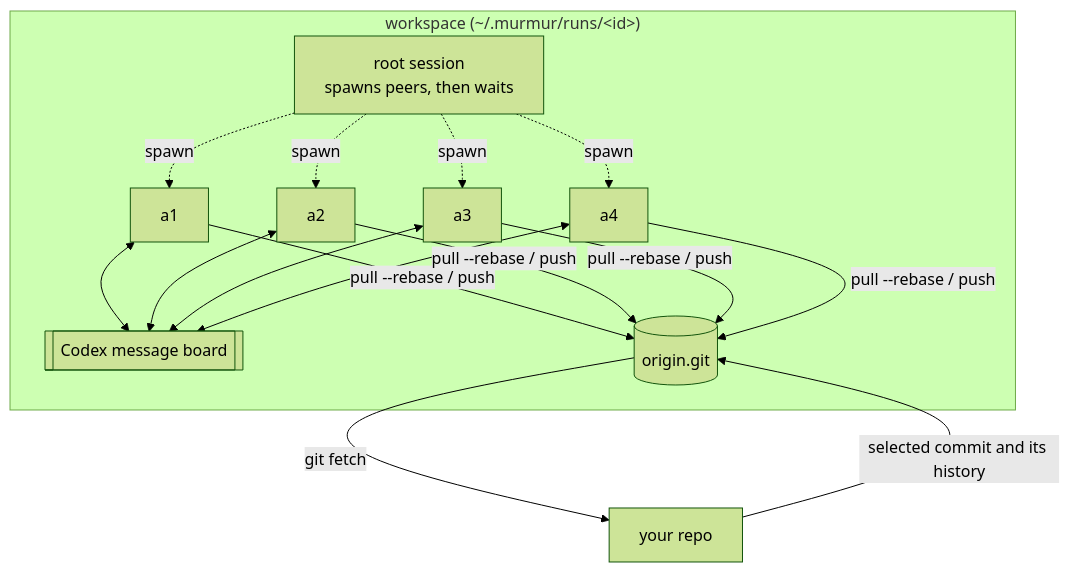
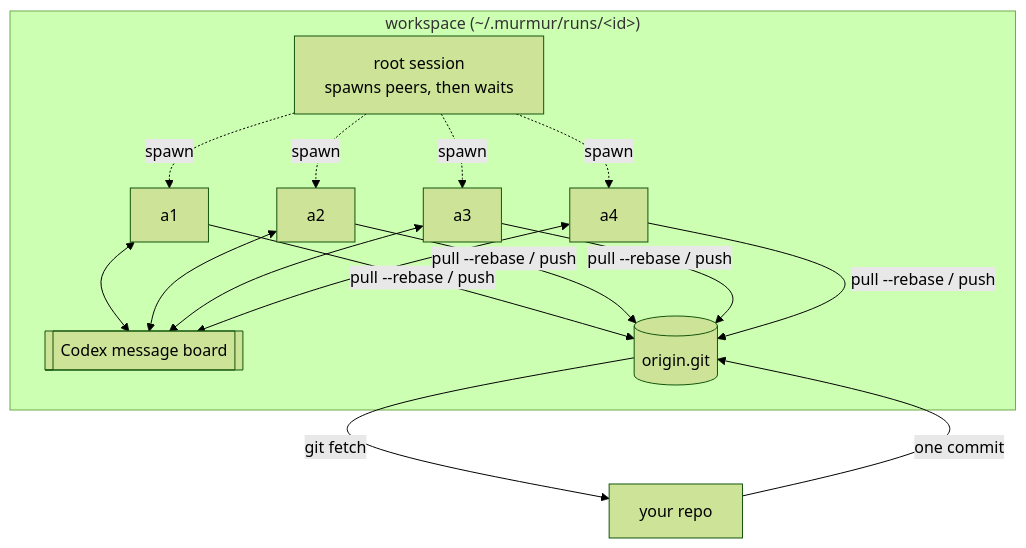
The diagram in README.md (yctimlin/murmur), drawn with Mermaid (forest theme) before and after one commit. The commit also changed other lines of this file and 23 other files, not shown here.

````diff
--- a/README.md
+++ b/README.md
@@ -18,14 +18,14 @@
 ```mermaid
 flowchart TB
   subgraph ws["workspace (~/.murmur/runs/&lt;id&gt;)"]
     R[root session<br/>spawns peers, then waits]
     B[[Codex message board]]
     A1[a1] & A2[a2] & A3[a3] & A4[a4]
     O[(origin.git)]
     R -. spawn .-> A1 & A2 & A3 & A4
     A1 & A2 & A3 & A4 <--> B
     A1 & A2 & A3 & A4 -- "pull --rebase / push" --> O
   end
-  U[your repo] -- "selected commit and its history" --> O
+  U[your repo] -- "one commit" --> O
   O -- "git fetch" --> U
 ```
````
